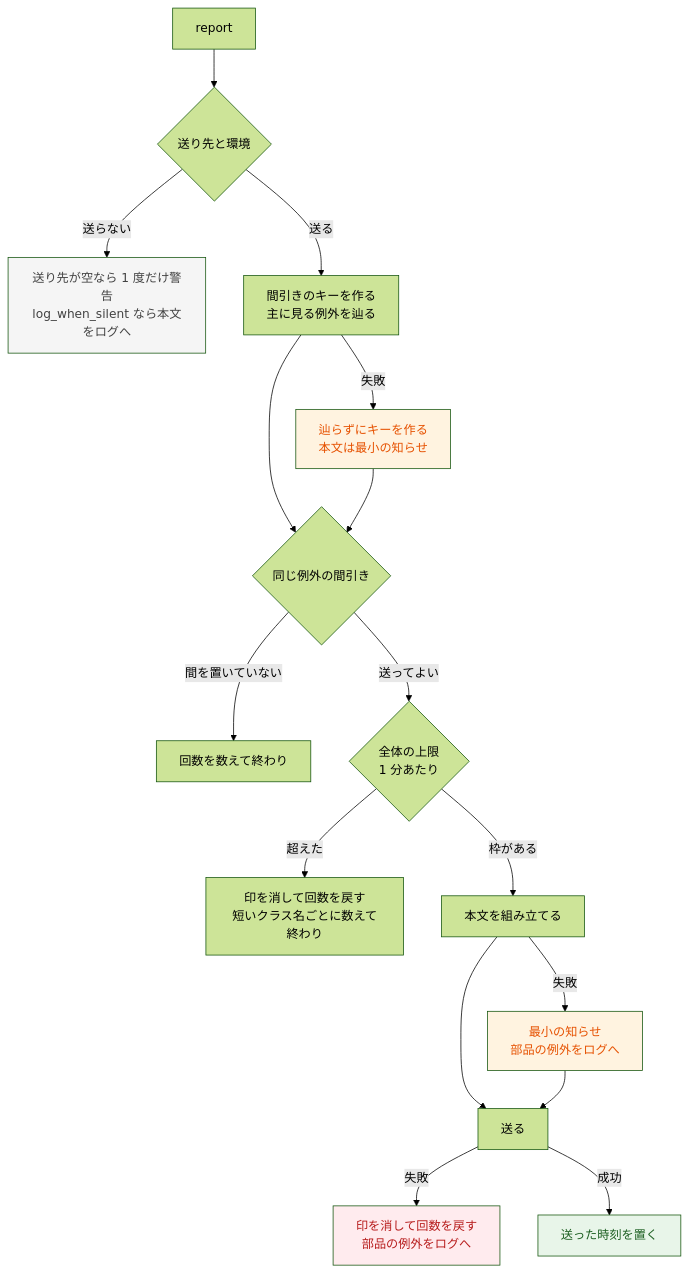
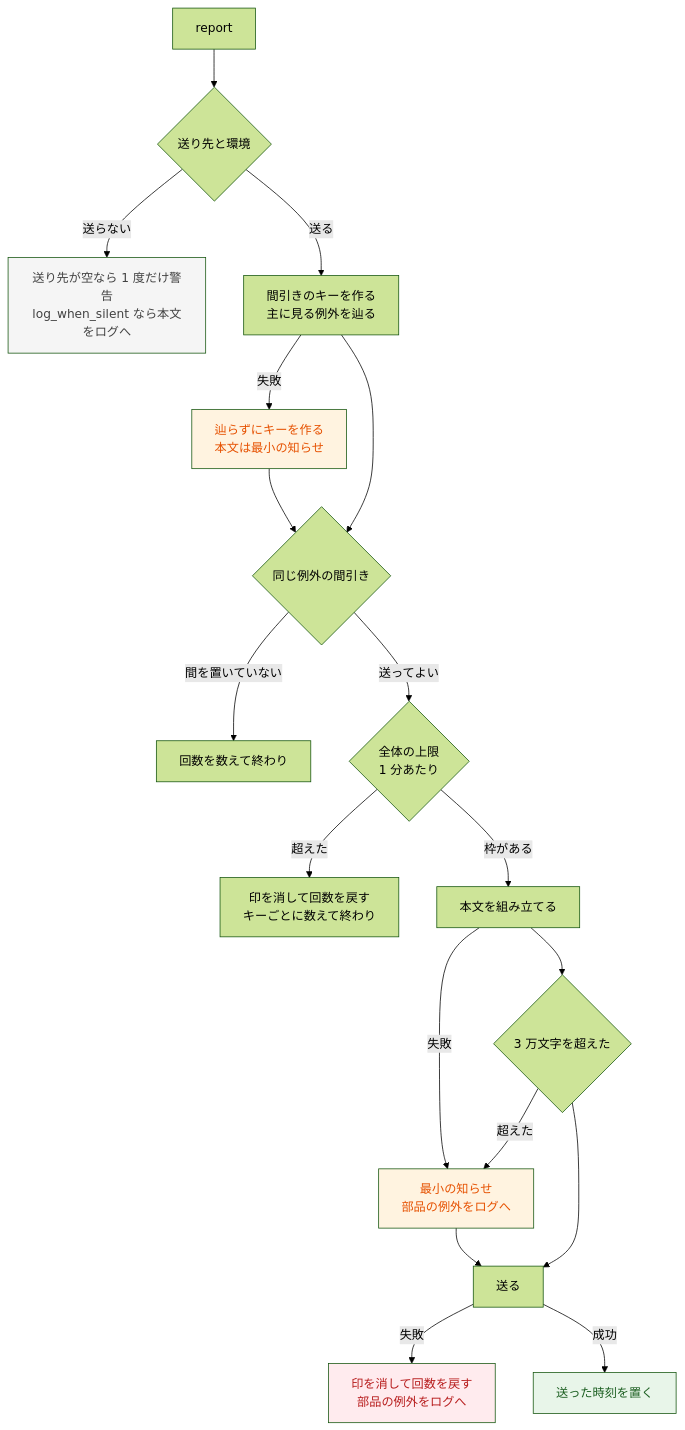
Before and after one commit to ad5-inc/rich-php-chatwork: the diagram in docs/design.md, drawn with Mermaid (forest theme). The commit also changed other lines of this file and 6 other files, not shown here.

````diff
--- a/docs/design.md
+++ b/docs/design.md
@@ -18,24 +18,26 @@
 ```mermaid
 flowchart TD
     A[report] --> B{送り先と環境}
     B -->|送らない| B1[送り先が空なら 1 度だけ警告<br/>log_when_silent なら本文をログへ]
     B -->|送る| C[間引きのキーを作る<br/>主に見る例外を辿る]
     C -->|失敗| C1[辿らずにキーを作る<br/>本文は最小の知らせ]
     C --> D{同じ例外の間引き}
     C1 --> D
     D -->|間を置いていない| D1[回数を数えて終わり]
     D -->|送ってよい| E{全体の上限<br/>1 分あたり}
-    E -->|超えた| E1[印を消して回数を戻す<br/>短いクラス名ごとに数えて終わり]
+    E -->|超えた| E1[印を消して回数を戻す<br/>キーごとに数えて終わり]
     E -->|枠がある| F[本文を組み立てる]
     F -->|失敗| F1[最小の知らせ<br/>部品の例外をログへ]
-    F --> G[送る]
+    F --> F2{3 万文字を超えた}
+    F2 -->|超えた| F1
+    F2 --> G[送る]
     F1 --> G
     G -->|失敗| G1[印を消して回数を戻す<br/>部品の例外をログへ]
     G -->|成功| H[送った時刻を置く]
 
     style B1 fill:#f5f5f5,color:#424242
     style C1 fill:#fff3e0,color:#e65100
     style F1 fill:#fff3e0,color:#e65100
     style G1 fill:#ffebee,color:#b71c1c
     style H fill:#e8f5e9,color:#1b5e20
 ```
````
